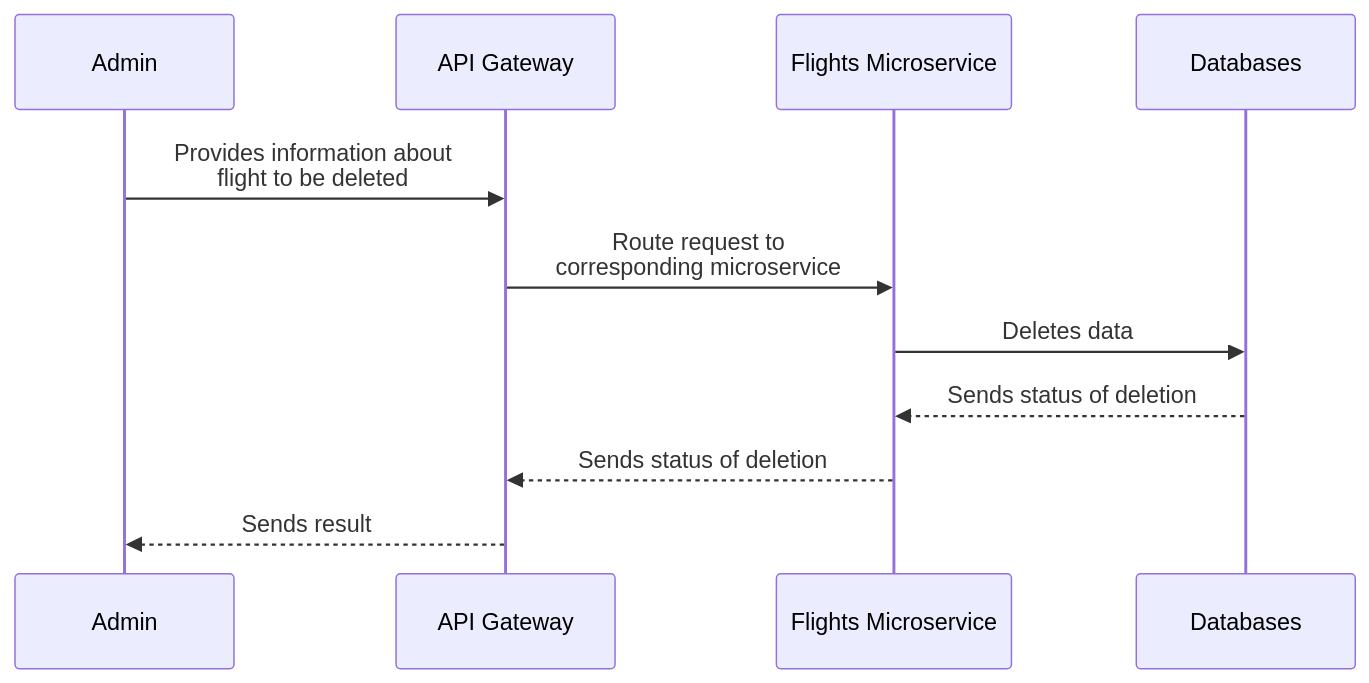
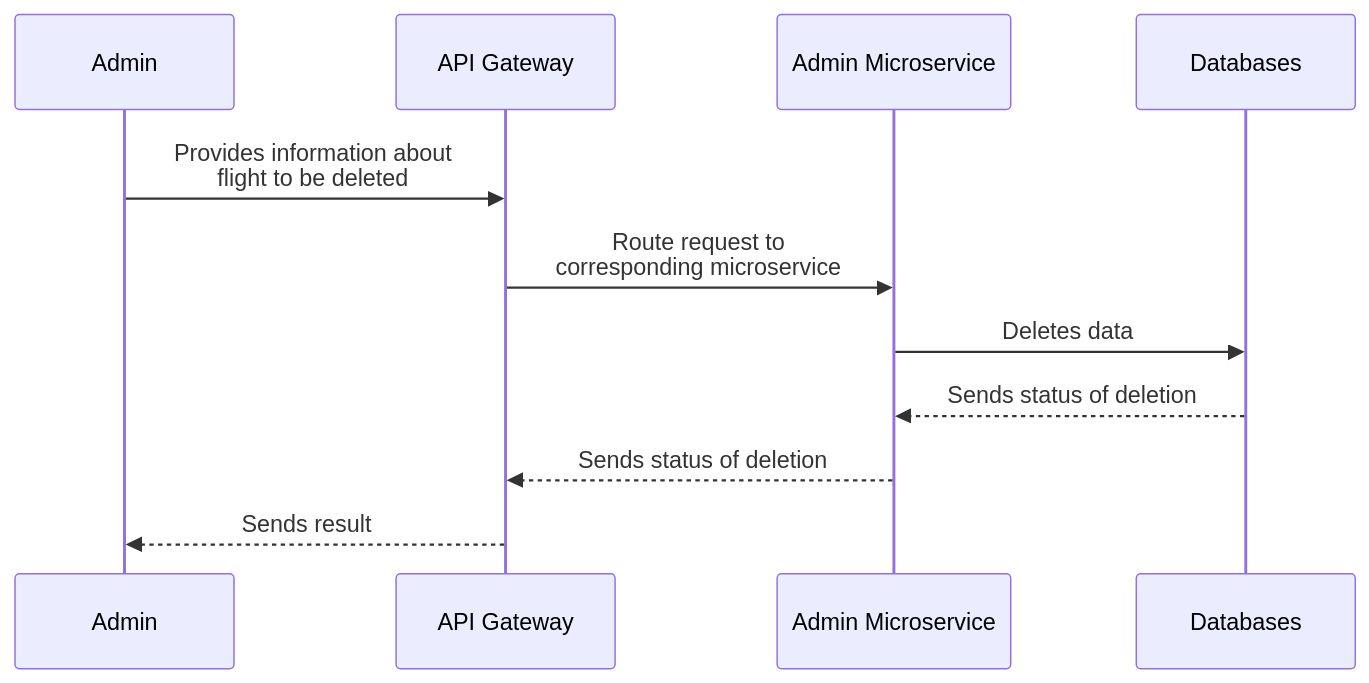
Before and after one commit to selous1/FlightsData: the eighth of 8 diagrams in proj-information.md, drawn with Mermaid. The commit also changed other lines of this file, not shown here.

````diff
--- a/proj-information.md
+++ b/proj-information.md
@@ -152,12 +174,12 @@
 ```mermaid
 
 sequenceDiagram
 
   Admin->>API Gateway: Provides information about <br> flight to be deleted
-	API Gateway->>Flights Microservice: Route request to <br> corresponding microservice
-  Flights Microservice->>Databases: Deletes data
-	Databases-->>Flights Microservice: Sends status of deletion
-  Flights Microservice-->>API Gateway: Sends status of deletion
+	API Gateway->>Admin Microservice: Route request to <br> corresponding microservice
+  Admin Microservice->>Databases: Deletes data
+	Databases-->>Admin Microservice: Sends status of deletion
+  Admin Microservice-->>API Gateway: Sends status of deletion
   API Gateway-->>Admin: Sends resultㅤ
 
 ```
````
